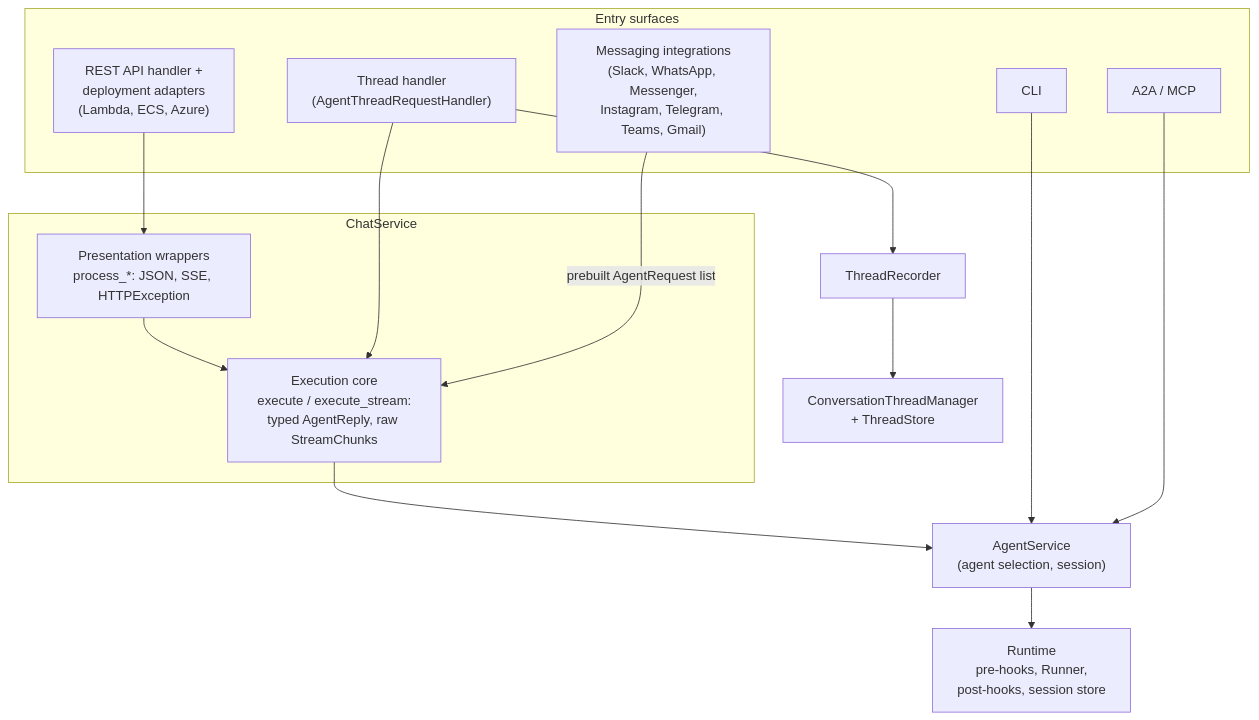
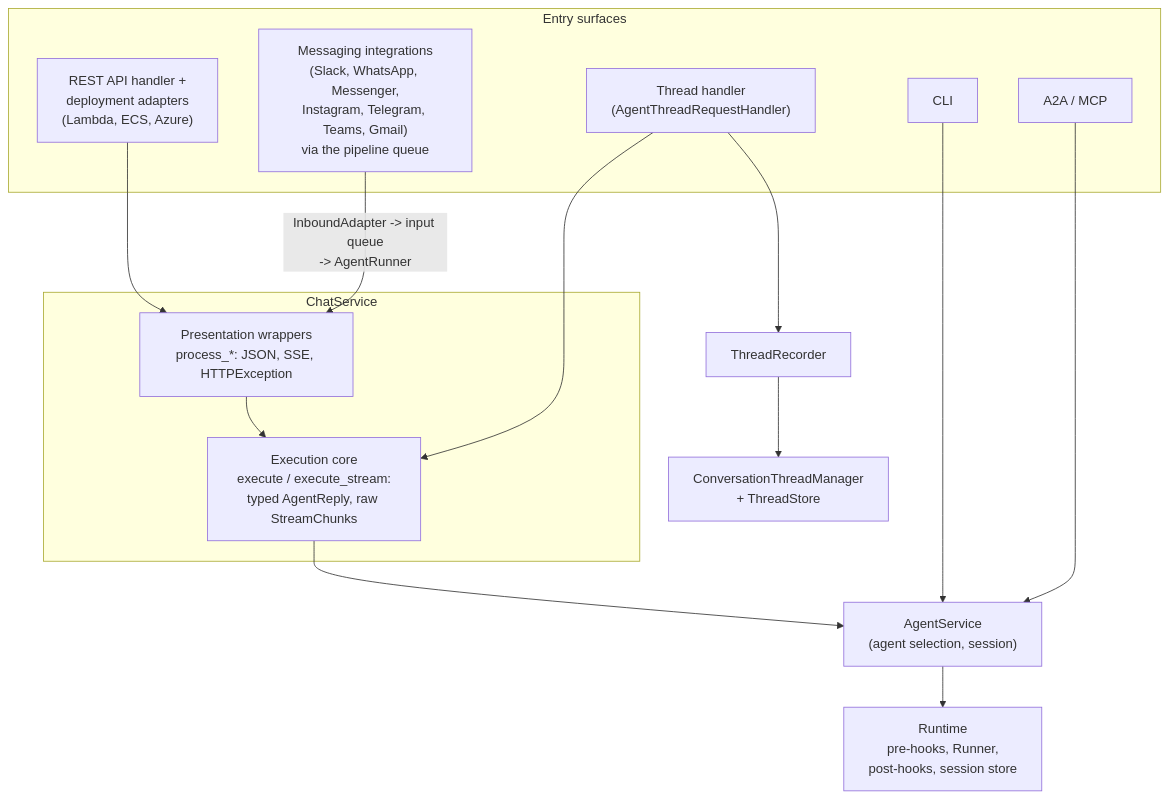
The diagram in .agents/skills/ak-dev-architecture/SKILL.md (yaalalabs/agent-kernel), drawn with Mermaid before and after one commit. The commit also changed other lines of this file and 103 other files, not shown here.

````diff
--- a/.agents/skills/ak-dev-architecture/SKILL.md
+++ b/.agents/skills/ak-dev-architecture/SKILL.md
@@ -148,29 +149,29 @@
 ```mermaid
 graph TD
     subgraph Entry["Entry surfaces"]
         REST["REST API handler +<br/>deployment adapters<br/>(Lambda, ECS, Azure)"]
         TH["Thread handler<br/>(AgentThreadRequestHandler)"]
-        MSG["Messaging integrations<br/>(Slack, WhatsApp, Messenger,<br/>Instagram, Telegram, Teams, Gmail)"]
+        MSG["Messaging integrations<br/>(Slack, WhatsApp, Messenger,<br/>Instagram, Telegram, Teams, Gmail)<br/>via the pipeline queue"]
         CLI["CLI"]
         PROTO["A2A / MCP"]
     end
 
     subgraph CS["ChatService"]
         PRES["Presentation wrappers<br/>process_*: JSON, SSE, HTTPException"]
         CORE["Execution core<br/>execute / execute_stream:<br/>typed AgentReply, raw StreamChunks"]
     end
 
     REC["ThreadRecorder"]
     CTM["ConversationThreadManager<br/>+ ThreadStore"]
     AS["AgentService<br/>(agent selection, session)"]
     RT["Runtime<br/>pre-hooks, Runner,<br/>post-hooks, session store"]
 
     REST --> PRES --> CORE
     TH --> REC --> CTM
     TH --> CORE
-    MSG -->|"prebuilt AgentRequest list"| CORE
+    MSG -->|"InboundAdapter -> input queue<br/>-> AgentRunner"| PRES
     CORE --> AS
     CLI --> AS
     PROTO --> AS
     AS --> RT
 ```
````
